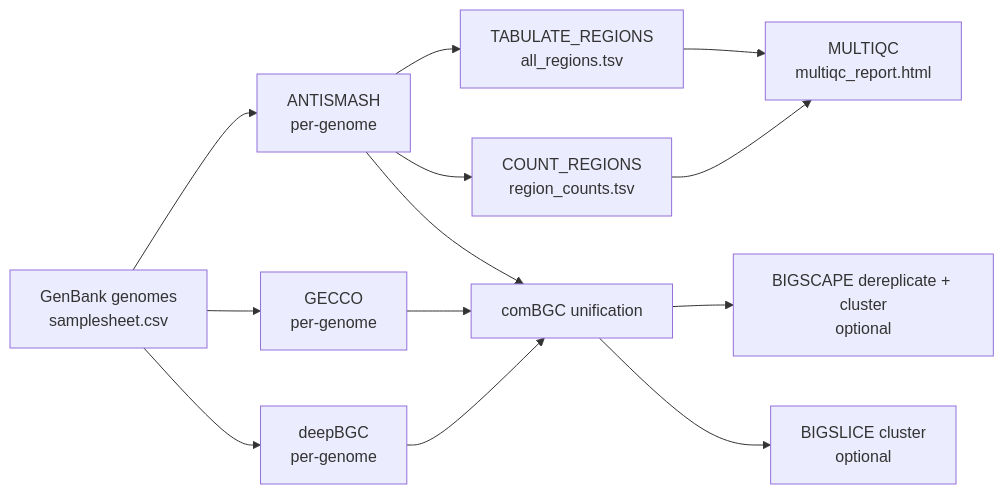
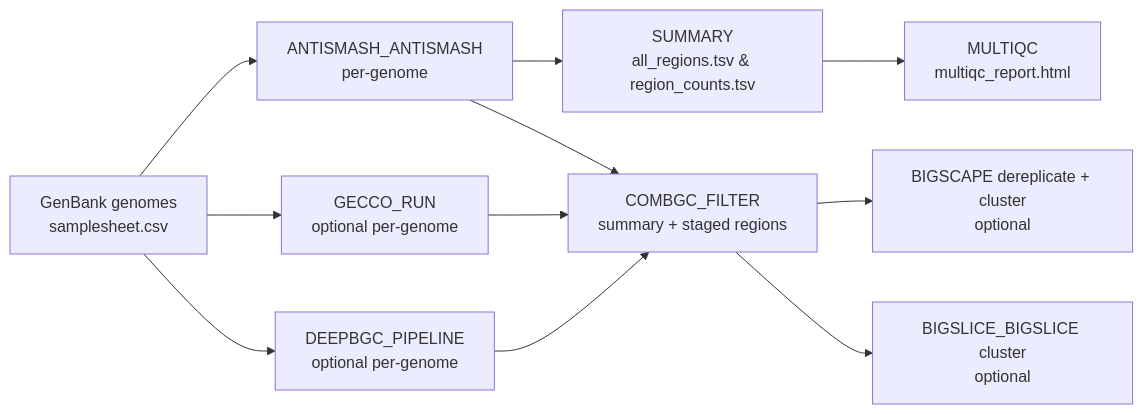
One commit to andreassag/clystere changed the diagram in docs/index.md. Above: the diagram before and after it, drawn with Mermaid. The commit also changed other lines of this file and 81 other files, not shown here.

````diff
--- a/docs/index.md
+++ b/docs/index.md
@@ -14,15 +13,13 @@
 ```mermaid
 graph LR
-    A[GenBank genomes<br/>samplesheet.csv] --> B[ANTISMASH<br/>per-genome]
-    A --> C[GECCO<br/>per-genome]
-    A --> D[deepBGC<br/>per-genome]
-    B --> E[TABULATE_REGIONS<br/>all_regions.tsv]
-    B --> F[COUNT_REGIONS<br/>region_counts.tsv]
-    B --> G[comBGC unification]
+    A[GenBank genomes<br/>samplesheet.csv] --> B[ANTISMASH_ANTISMASH<br/>per-genome]
+    A --> C[GECCO_RUN<br/>optional per-genome]
+    A --> D[DEEPBGC_PIPELINE<br/>optional per-genome]
+    B --> E[SUMMARY<br/>all_regions.tsv & region_counts.tsv]
+    B --> G[COMBGC_FILTER<br/>summary + staged regions]
     C --> G
     D --> G
     G --> H[BIGSCAPE dereplicate + cluster<br/>optional]
-    G --> I[BIGSLICE cluster<br/>optional]
+    G --> I[BIGSLICE_BIGSLICE cluster<br/>optional]
     E --> J[MULTIQC<br/>multiqc_report.html]
-    F --> J
 ```
````
